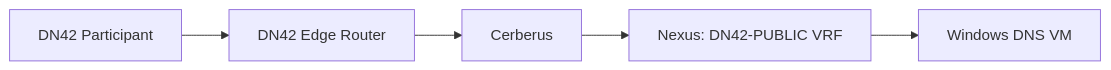
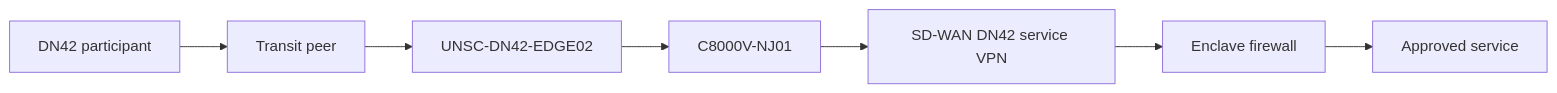
The first of 2 diagrams in docs/data-flows.md (ksmoove21/unsc-dn42), drawn with Mermaid before and after one commit. The commit also changed other lines of this file, not shown here.

Commit message:
docs: update DN42 transport data flows

````diff
--- a/docs/data-flows.md
+++ b/docs/data-flows.md
@@ -15,7 +15,9 @@
 ```mermaid
 flowchart LR
-  P["DN42 Participant"] --> E["DN42 Edge Router"]
-  E --> C["Cerberus"]
-  C --> N["Nexus: DN42-PUBLIC VRF"]
-  N --> D["Windows DNS VM"]
+  P["DN42 participant"] --> T["Transit peer"]
+  T --> E["UNSC-DN42-EDGE02"]
+  E --> N["C8000V-NJ01"]
+  N --> S["SD-WAN DN42 service VPN"]
+  S --> F["Enclave firewall"]
+  F --> W["Approved service"]
 ```
````
